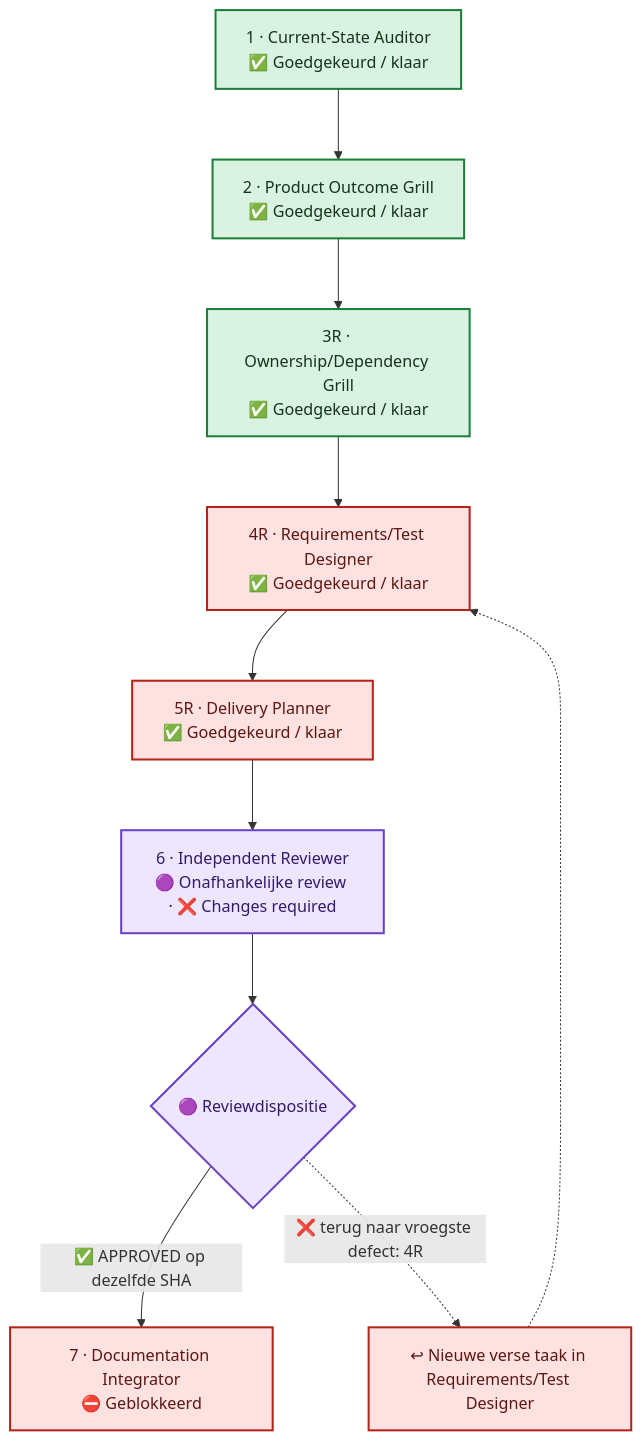
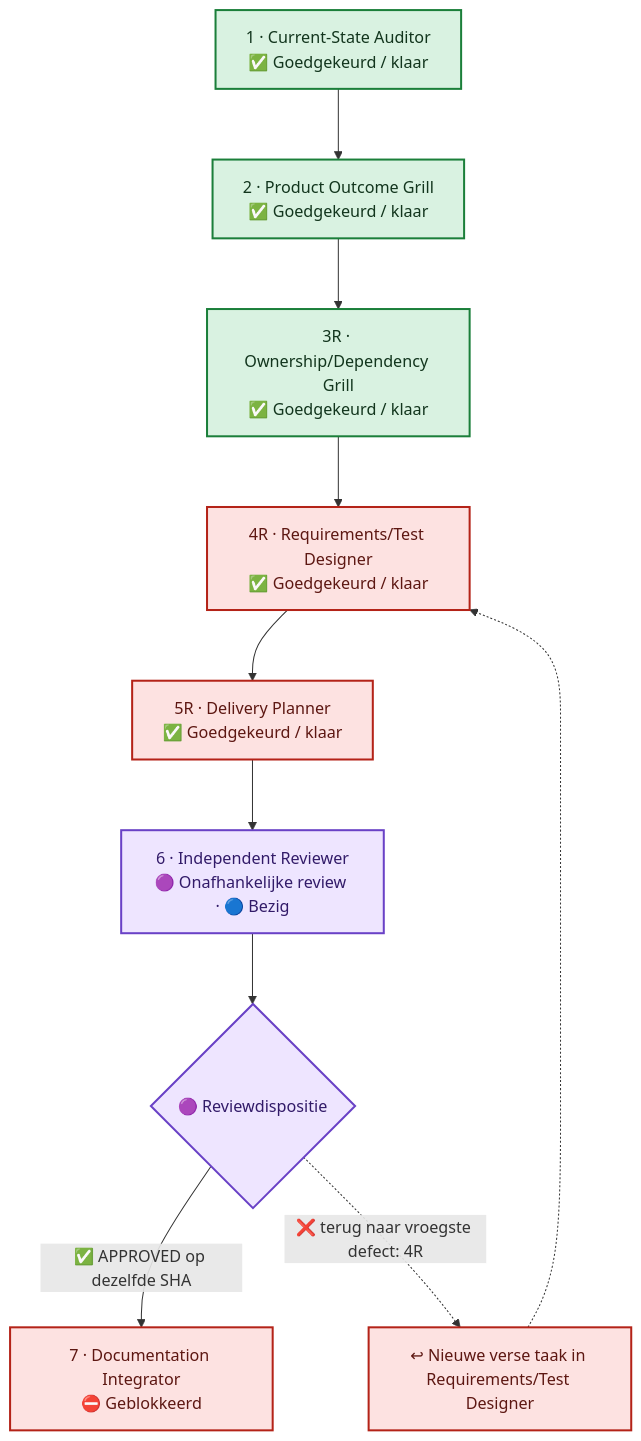
Before and after one commit to Jandesch91/n1-bioforge-requirements-cockpit: the diagram in flow.mmd, drawn with Mermaid. The commit also changed 4 other files, not shown here.

Commit message:
chore(cockpit): third independent review in progress

```diff
--- a/flow.mmd
+++ b/flow.mmd
@@ -1,24 +1,24 @@
 %%{init: {"flowchart": {"curve": "basis", "nodeSpacing": 60, "rankSpacing": 70, "htmlLabels": true}}}%%
 flowchart TB
     %% A vertical main lane prevents crossing arrows. The review return uses one side lane.
     phase_1["1 · Current-State Auditor<br/>✅ Goedgekeurd / klaar"]
     phase_2["2 · Product Outcome Grill<br/>✅ Goedgekeurd / klaar"]
     phase_3r["3R · Ownership/Dependency Grill<br/>✅ Goedgekeurd / klaar"]
     phase_4r["4R · Requirements/Test Designer<br/>✅ Goedgekeurd / klaar"]
     phase_5r["5R · Delivery Planner<br/>✅ Goedgekeurd / klaar"]
-    phase_6["6 · Independent Reviewer<br/>🟣 Onafhankelijke review · ❌ Changes required"]
+    phase_6["6 · Independent Reviewer<br/>🟣 Onafhankelijke review · 🔵 Bezig"]
     phase_7["7 · Documentation Integrator<br/>⛔ Geblokkeerd"]
     phase_1 --> phase_2 --> phase_3r --> phase_4r --> phase_5r --> phase_6
     review_decision{"🟣 Reviewdispositie"}
     phase_6 --> review_decision
     review_decision -->|"✅ APPROVED op dezelfde SHA"| phase_7
     review_decision -.->|"❌ terug naar vroegste defect: 4R"| return_lane["↩ Nieuwe verse taak in Requirements/Test Designer"]
     return_lane -.-> phase_4r
     classDef approved fill:#D9F2E1,stroke:#1B7F3A,color:#12351D,stroke-width:2px
     classDef changes fill:#FDE2E1,stroke:#B42318,color:#5D1712,stroke-width:2px
     classDef blocked fill:#FDE2E1,stroke:#B42318,color:#5D1712,stroke-width:2px
     classDef review fill:#EEE5FF,stroke:#6941C6,color:#321B69,stroke-width:2px
     class phase_1,phase_2,phase_3r approved
     class phase_4r changes
     class phase_5r,phase_7,return_lane blocked
     class phase_6,review_decision review
```
